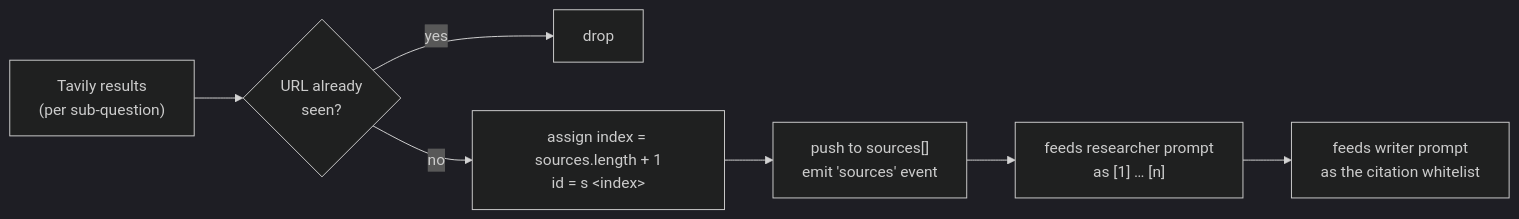
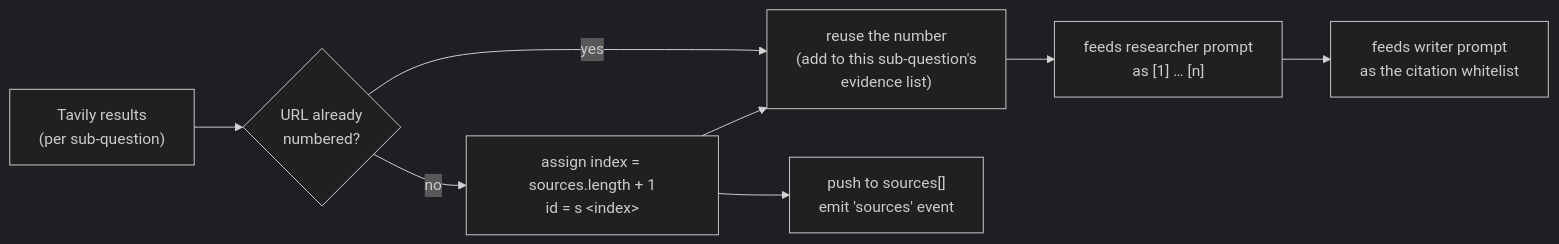
Before and after one commit to AlphaBeast97/deep-research-ai-platform: the fifth of 16 diagrams in docs/ARCHITECTURE.md, drawn with Mermaid (dark theme). The commit also changed other lines of this file and 25 other files, not shown here.

````diff
--- a/docs/ARCHITECTURE.md
+++ b/docs/ARCHITECTURE.md
@@ -424,9 +430,10 @@
 ```mermaid
 flowchart LR
-    A["Tavily results<br/>(per sub-question)"] --> B{"URL already<br/>seen?"}
-    B -->|"yes"| DROP["drop"]
+    A["Tavily results<br/>(per sub-question)"] --> B{"URL already<br/>numbered?"}
+    B -->|"yes"| REUSE["reuse the number<br/>(add to this sub-question's<br/>evidence list)"]
     B -->|"no"| C["assign index = sources.length + 1<br/>id = s &lt;index&gt;"]
     C --> D["push to sources[]<br/>emit 'sources' event"]
-    D --> E["feeds researcher prompt<br/>as [1] … [n]"]
+    C --> REUSE
+    REUSE --> E["feeds researcher prompt<br/>as [1] … [n]"]
     E --> F["feeds writer prompt<br/>as the citation whitelist"]
 ```
````
